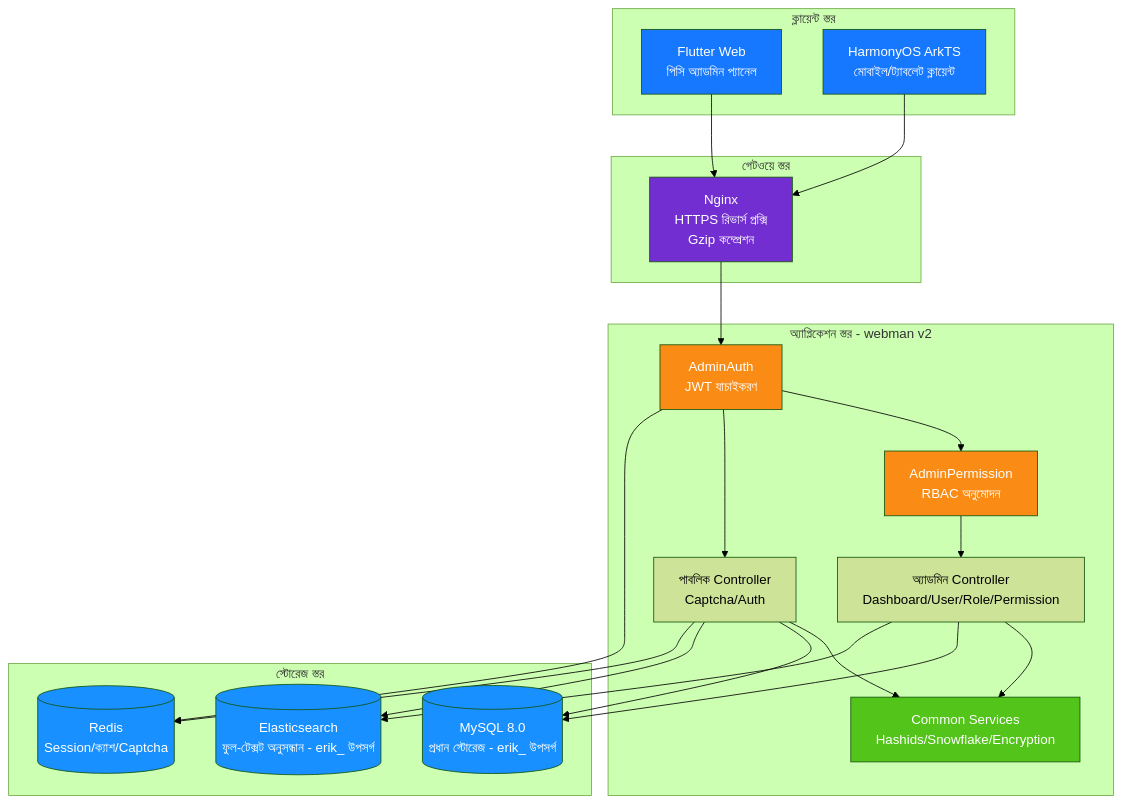
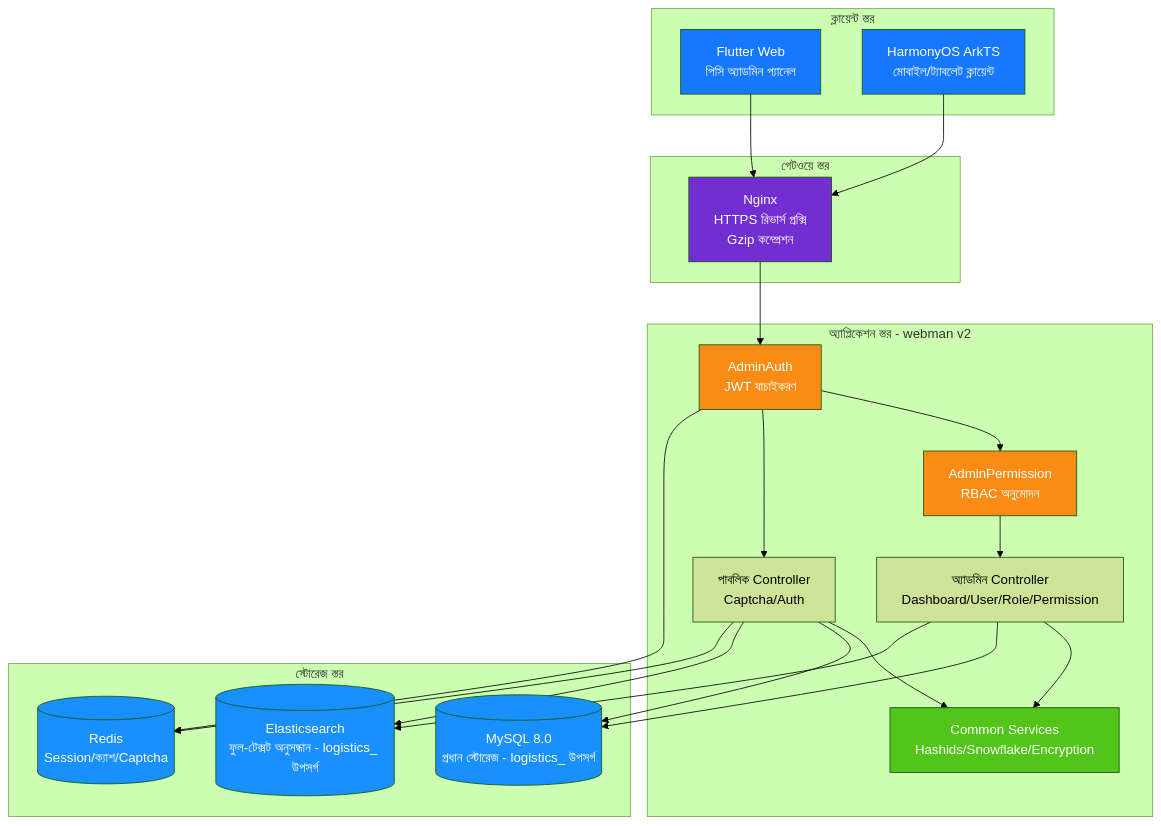
One commit to erikwang2013/integrated-global-logistics changed the diagram in admin/docs/diagrams/01-system-architecture.bn.md. Above: the diagram before and after it, drawn with Mermaid (forest theme). The commit also changed 211 other files, not shown here.

````diff
--- a/admin/docs/diagrams/01-system-architecture.bn.md
+++ b/admin/docs/diagrams/01-system-architecture.bn.md
@@ -7,50 +7,50 @@
 ```mermaid
 flowchart TB
     subgraph clients["ক্লায়েন্ট স্তর"]
         flutter["Flutter Web<br/>পিসি অ্যাডমিন প্যানেল"]
         harmony["HarmonyOS ArkTS<br/>মোবাইল/ট্যাবলেট ক্লায়েন্ট"]
     end
 
     subgraph gateway["গেটওয়ে স্তর"]
         nginx["Nginx<br/>HTTPS রিভার্স প্রক্সি<br/>Gzip কম্প্রেশন"]
     end
 
     subgraph app["অ্যাপ্লিকেশন স্তর - webman v2"]
         auth["AdminAuth<br/>JWT যাচাইকরণ"]
         perm["AdminPermission<br/>RBAC অনুমোদন"]
         admin["অ্যাডমিন Controller<br/>Dashboard/User/Role/Permission"]
         public["পাবলিক Controller<br/>Captcha/Auth"]
         common["Common Services<br/>Hashids/Snowflake/Encryption"]
     end
 
     subgraph storage["স্টোরেজ স্তর"]
-        mysql[("MySQL 8.0<br/>প্রধান স্টোরেজ - erik_ উপসর্গ")]
-        es[("Elasticsearch<br/>ফুল-টেক্সট অনুসন্ধান - erik_ উপসর্গ")]
+        mysql[("MySQL 8.0<br/>প্রধান স্টোরেজ - logistics_ উপসর্গ")]
+        es[("Elasticsearch<br/>ফুল-টেক্সট অনুসন্ধান - logistics_ উপসর্গ")]
         redis[("Redis<br/>Session/ক্যাশ/Captcha")]
     end
 
     flutter --> nginx
     harmony --> nginx
     nginx --> auth
     auth --> perm
     perm --> admin
     auth --> public
     admin --> common
     public --> common
     admin --> mysql
     public --> mysql
     admin --> es
     public --> es
     auth --> redis
     public --> redis
 
     style flutter fill:#1677FF,color:#fff
     style harmony fill:#1677FF,color:#fff
     style nginx fill:#722ED1,color:#fff
     style auth fill:#FA8C16,color:#fff
     style perm fill:#FA8C16,color:#fff
     style common fill:#52C41A,color:#fff
     style mysql fill:#1890FF,color:#fff
     style es fill:#1890FF,color:#fff
     style redis fill:#1890FF,color:#fff
 ```
````
